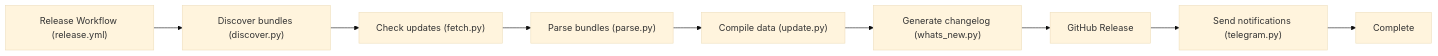
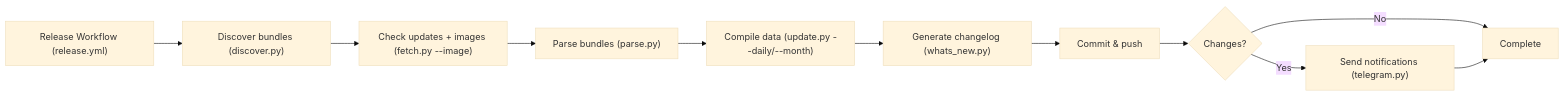
One commit to nvbangg/awesome-for-morphe changed the second of 2 diagrams in CONTRIBUTING.md. Above: the diagram before and after it, drawn with Mermaid (base theme). The commit also changed other lines of this file and 222 other files, not shown here.

````diff
--- a/CONTRIBUTING.md
+++ b/CONTRIBUTING.md
@@ -61,11 +60,14 @@
 ```mermaid
 flowchart LR
     J["Release Workflow (release.yml)"] --> K["Discover bundles (discover.py)"]
-    K --> L["Check updates (fetch.py)"]
+    K --> L["Check updates + images (fetch.py --image)"]
     L --> M["Parse bundles (parse.py)"]
-    M --> N["Compile data (update.py)"]
+    M --> N["Compile data (update.py --daily/--month)"]
     N --> O["Generate changelog (whats_new.py)"]
-    O --> P[GitHub Release]
-    P --> Q["Send notifications (telegram.py)"]
-    Q --> R[Complete]
+    O --> P[Commit & push]
+    P --> Q{Changes?}
+
+    Q -->|Yes| R["Send notifications (telegram.py)"]
+    Q -->|No| S[Complete]
+    R --> S
 ```
````
